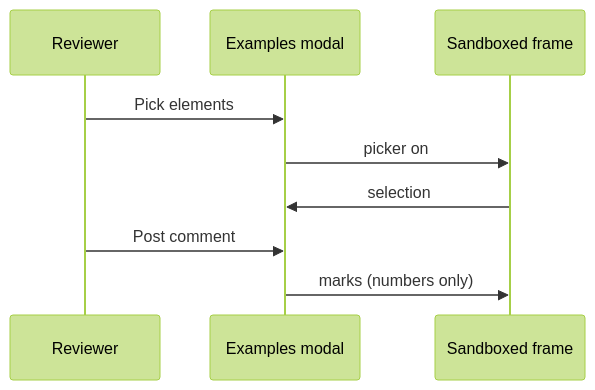
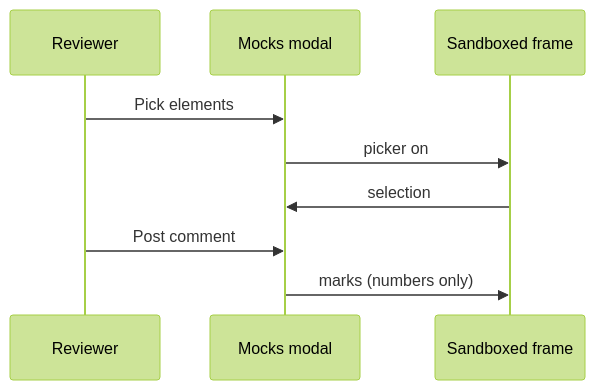
Before and after one commit to ac8318740/acstack: the diagram in examples/design-doc/acstack/maps/acstack-design/elements/008/comment-anchor.mmd, drawn with Mermaid (forest theme). The commit also changed 31 other files, not shown here.

First line of the commit message:
refactor: rename design examples to mocks throughout

```diff
--- a/examples/design-doc/acstack/maps/acstack-design/elements/008/comment-anchor.mmd
+++ b/examples/design-doc/acstack/maps/acstack-design/elements/008/comment-anchor.mmd
@@ -1,9 +1,9 @@
 sequenceDiagram
   participant R as Reviewer
-  participant M as Examples modal
+  participant M as Mocks modal
   participant F as Sandboxed frame
   R->>M: Pick elements
   M->>F: picker on
   F->>M: selection
   R->>M: Post comment
   M->>F: marks (numbers only)
```
